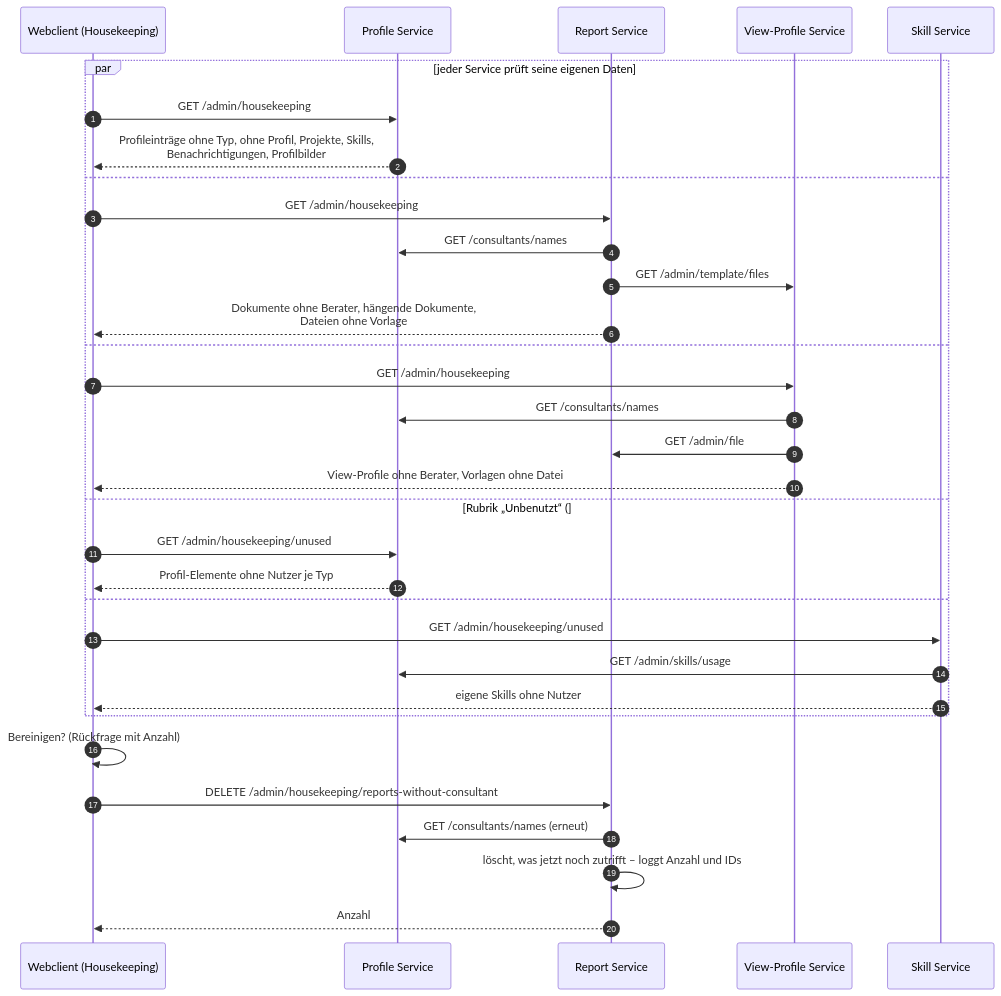
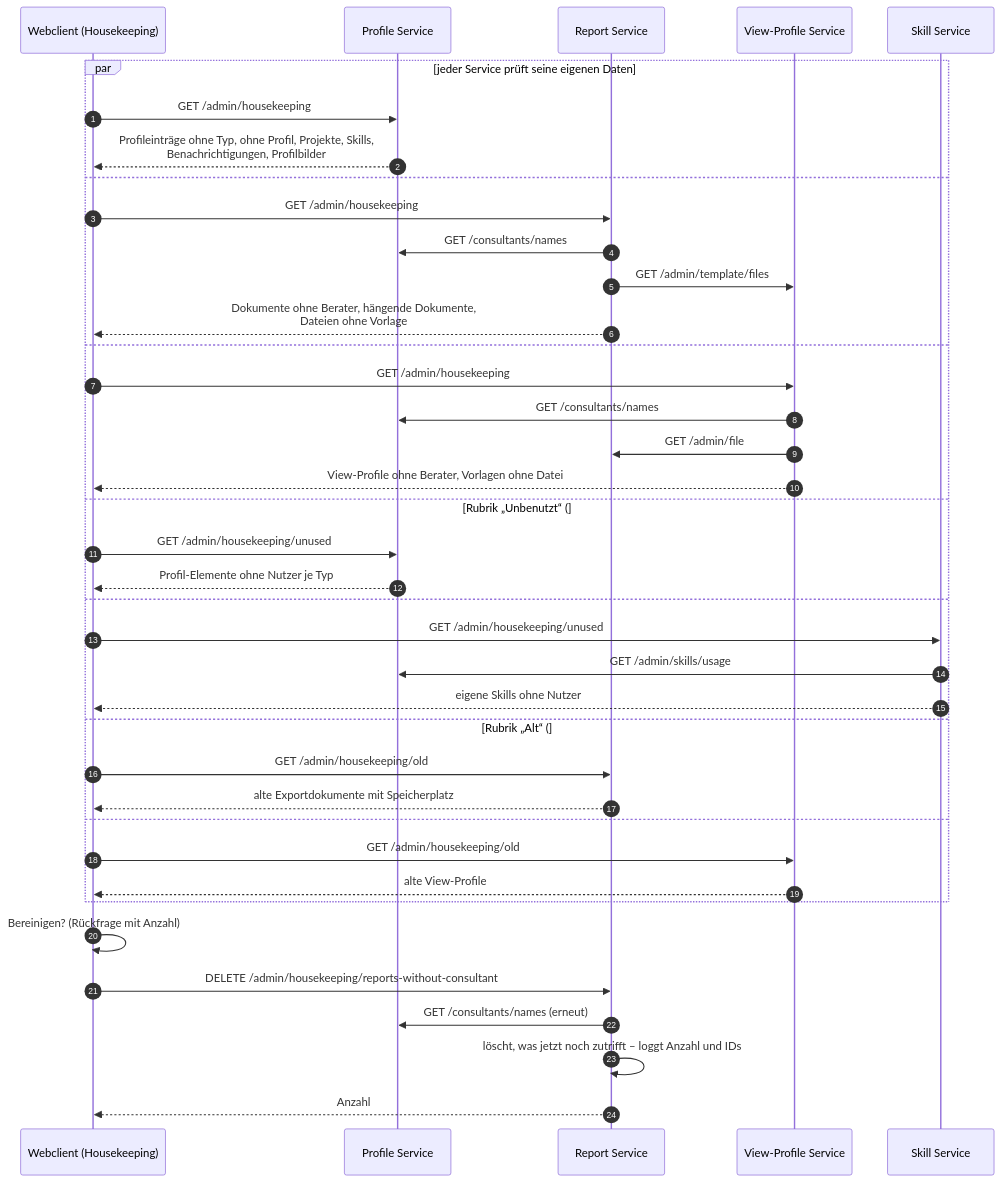
The eighth of 8 diagrams in docs/arc42/06-laufzeitsicht.md (HBTGmbH/hbt-power), drawn with Mermaid before and after one commit. The commit also changed 23 other files, not shown here.

First line of the commit message:
#289 - Housekeeping: Rubrik Alt für Exportdokumente und View-Profile (#299)

````diff
--- a/docs/arc42/06-laufzeitsicht.md
+++ b/docs/arc42/06-laufzeitsicht.md
@@ -193,36 +193,42 @@
 ```mermaid
 sequenceDiagram
     autonumber
     participant W as Webclient (Housekeeping)
     participant P as Profile Service
     participant R as Report Service
     participant V as View-Profile Service
     participant S as Skill Service
 
     par jeder Service prüft seine eigenen Daten
         W->>P: GET /admin/housekeeping
         P-->>W: Profileinträge ohne Typ, ohne Profil, Projekte, Skills,<br/>Benachrichtigungen, Profilbilder
     and
         W->>R: GET /admin/housekeeping
         R->>P: GET /consultants/names
         R->>V: GET /admin/template/files
         R-->>W: Dokumente ohne Berater, hängende Dokumente,<br/>Dateien ohne Vorlage
     and
         W->>V: GET /admin/housekeeping
         V->>P: GET /consultants/names
         V->>R: GET /admin/file
         V-->>W: View-Profile ohne Berater, Vorlagen ohne Datei
     and Rubrik „Unbenutzt“ (#288)
         W->>P: GET /admin/housekeeping/unused
         P-->>W: Profil-Elemente ohne Nutzer je Typ
     and
         W->>S: GET /admin/housekeeping/unused
         S->>P: GET /admin/skills/usage
         S-->>W: eigene Skills ohne Nutzer
+    and Rubrik „Alt“ (#289)
+        W->>R: GET /admin/housekeeping/old
+        R-->>W: alte Exportdokumente mit Speicherplatz
+    and
+        W->>V: GET /admin/housekeeping/old
+        V-->>W: alte View-Profile
     end
     W->>W: Bereinigen? (Rückfrage mit Anzahl)
     W->>R: DELETE /admin/housekeeping/reports-without-consultant
     R->>P: GET /consultants/names (erneut)
     R->>R: löscht, was jetzt noch zutrifft – loggt Anzahl und IDs
     R-->>W: Anzahl
 ```
````
